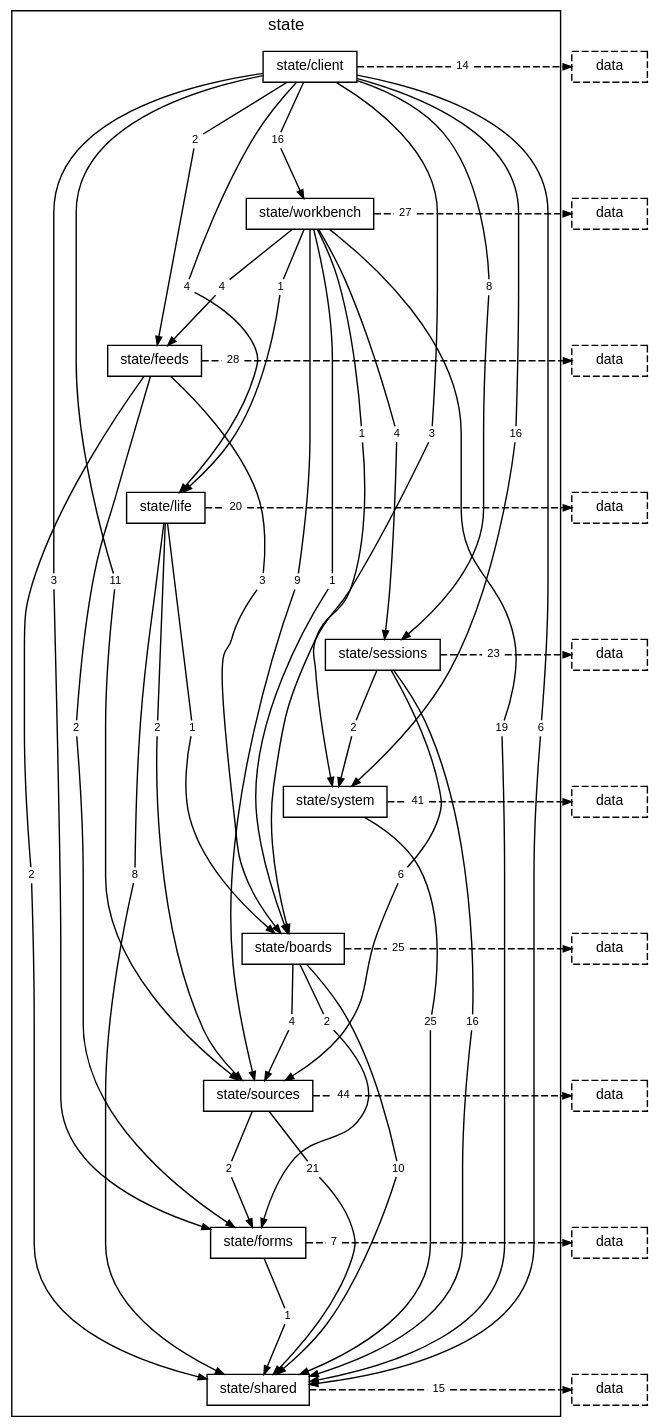
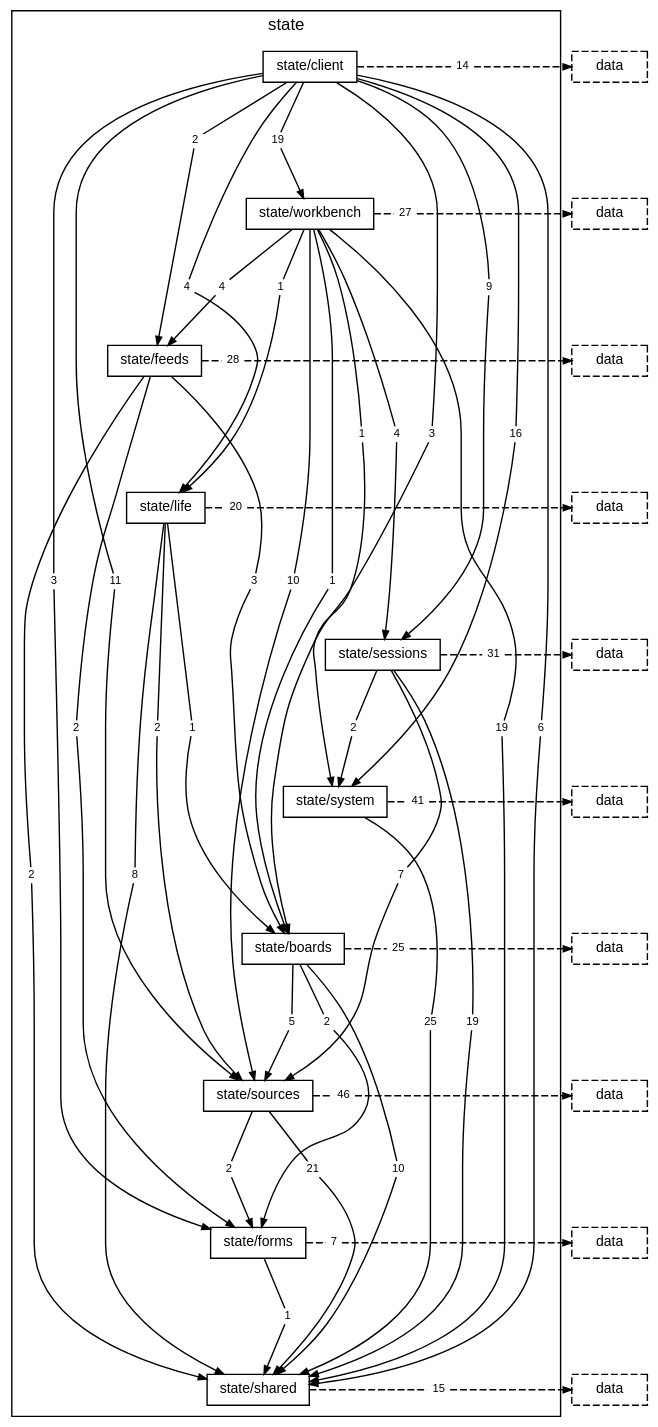
The diagram in docs/diagrams/layer-state.dot (TheAxeC/oculus), drawn with Graphviz before and after one commit. The commit also changed 202 other files, not shown here.

```diff
--- a/docs/diagrams/layer-state.dot
+++ b/docs/diagrams/layer-state.dot
@@ -18,18 +18,18 @@
         "folder state/client to folder state/feeds" [label="2", shape=box, color="transparent", fontsize=8, width=0, height=0, margin="0.04,0.02"];
         "folder state/client to folder state/forms" [label="3", shape=box, color="transparent", fontsize=8, width=0, height=0, margin="0.04,0.02"];
         "folder state/client to folder state/life" [label="4", shape=box, color="transparent", fontsize=8, width=0, height=0, margin="0.04,0.02"];
-        "folder state/client to folder state/sessions" [label="8", shape=box, color="transparent", fontsize=8, width=0, height=0, margin="0.04,0.02"];
+        "folder state/client to folder state/sessions" [label="9", shape=box, color="transparent", fontsize=8, width=0, height=0, margin="0.04,0.02"];
         "folder state/client to folder state/shared" [label="6", shape=box, color="transparent", fontsize=8, width=0, height=0, margin="0.04,0.02"];
         "folder state/client to folder state/sources" [label="11", shape=box, color="transparent", fontsize=8, width=0, height=0, margin="0.04,0.02"];
         "folder state/client to folder state/system" [label="16", shape=box, color="transparent", fontsize=8, width=0, height=0, margin="0.04,0.02"];
-        "folder state/client to folder state/workbench" [label="16", shape=box, color="transparent", fontsize=8, width=0, height=0, margin="0.04,0.02"];
+        "folder state/client to folder state/workbench" [label="19", shape=box, color="transparent", fontsize=8, width=0, height=0, margin="0.04,0.02"];
         "folder state/client to layer data" [label="14", shape=box, color="transparent", fontsize=8, width=0, height=0, margin="0.04,0.02"];
         "folder state/workbench to folder state/boards" [label="1", shape=box, color="transparent", fontsize=8, width=0, height=0, margin="0.04,0.02"];
         "folder state/workbench to folder state/feeds" [label="4", shape=box, color="transparent", fontsize=8, width=0, height=0, margin="0.04,0.02"];
         "folder state/workbench to folder state/life" [label="1", shape=box, color="transparent", fontsize=8, width=0, height=0, margin="0.04,0.02"];
         "folder state/workbench to folder state/sessions" [label="4", shape=box, color="transparent", fontsize=8, width=0, height=0, margin="0.04,0.02"];
         "folder state/workbench to folder state/shared" [label="19", shape=box, color="transparent", fontsize=8, width=0, height=0, margin="0.04,0.02"];
-        "folder state/workbench to folder state/sources" [label="9", shape=box, color="transparent", fontsize=8, width=0, height=0, margin="0.04,0.02"];
+        "folder state/workbench to folder state/sources" [label="10", shape=box, color="transparent", fontsize=8, width=0, height=0, margin="0.04,0.02"];
         "folder state/workbench to folder state/system" [label="1", shape=box, color="transparent", fontsize=8, width=0, height=0, margin="0.04,0.02"];
         "folder state/workbench to layer data" [label="27", shape=box, color="transparent", fontsize=8, width=0, height=0, margin="0.04,0.02"];
         "folder state/feeds to folder state/boards" [label="3", shape=box, color="transparent", fontsize=8, width=0, height=0, margin="0.04,0.02"];
@@ -40,19 +40,19 @@
         "folder state/life to folder state/shared" [label="8", shape=box, color="transparent", fontsize=8, width=0, height=0, margin="0.04,0.02"];
         "folder state/life to folder state/sources" [label="2", shape=box, color="transparent", fontsize=8, width=0, height=0, margin="0.04,0.02"];
         "folder state/life to layer data" [label="20", shape=box, color="transparent", fontsize=8, width=0, height=0, margin="0.04,0.02"];
-        "folder state/sessions to folder state/shared" [label="16", shape=box, color="transparent", fontsize=8, width=0, height=0, margin="0.04,0.02"];
-        "folder state/sessions to folder state/sources" [label="6", shape=box, color="transparent", fontsize=8, width=0, height=0, margin="0.04,0.02"];
+        "folder state/sessions to folder state/shared" [label="19", shape=box, color="transparent", fontsize=8, width=0, height=0, margin="0.04,0.02"];
+        "folder state/sessions to folder state/sources" [label="7", shape=box, color="transparent", fontsize=8, width=0, height=0, margin="0.04,0.02"];
         "folder state/sessions to folder state/system" [label="2", shape=box, color="transparent", fontsize=8, width=0, height=0, margin="0.04,0.02"];
-        "folder state/sessions to layer data" [label="23", shape=box, color="transparent", fontsize=8, width=0, height=0, margin="0.04,0.02"];
+        "folder state/sessions to layer data" [label="31", shape=box, color="transparent", fontsize=8, width=0, height=0, margin="0.04,0.02"];
         "folder state/system to folder state/shared" [label="25", shape=box, color="transparent", fontsize=8, width=0, height=0, margin="0.04,0.02"];
         "folder state/system to layer data" [label="41", shape=box, color="transparent", fontsize=8, width=0, height=0, margin="0.04,0.02"];
         "folder state/boards to folder state/forms" [label="2", shape=box, color="transparent", fontsize=8, width=0, height=0, margin="0.04,0.02"];
         "folder state/boards to folder state/shared" [label="10", shape=box, color="transparent", fontsize=8, width=0, height=0, margin="0.04,0.02"];
-        "folder state/boards to folder state/sources" [label="4", shape=box, color="transparent", fontsize=8, width=0, height=0, margin="0.04,0.02"];
+        "folder state/boards to folder state/sources" [label="5", shape=box, color="transparent", fontsize=8, width=0, height=0, margin="0.04,0.02"];
         "folder state/boards to layer data" [label="25", shape=box, color="transparent", fontsize=8, width=0, height=0, margin="0.04,0.02"];
         "folder state/sources to folder state/forms" [label="2", shape=box, color="transparent", fontsize=8, width=0, height=0, margin="0.04,0.02"];
         "folder state/sources to folder state/shared" [label="21", shape=box, color="transparent", fontsize=8, width=0, height=0, margin="0.04,0.02"];
-        "folder state/sources to layer data" [label="44", shape=box, color="transparent", fontsize=8, width=0, height=0, margin="0.04,0.02"];
+        "folder state/sources to layer data" [label="46", shape=box, color="transparent", fontsize=8, width=0, height=0, margin="0.04,0.02"];
         "folder state/forms to folder state/shared" [label="1", shape=box, color="transparent", fontsize=8, width=0, height=0, margin="0.04,0.02"];
         "folder state/forms to layer data" [label="7", shape=box, color="transparent", fontsize=8, width=0, height=0, margin="0.04,0.02"];
         "folder state/shared to layer data" [label="15", shape=box, color="transparent", fontsize=8, width=0, height=0, margin="0.04,0.02"];
```
